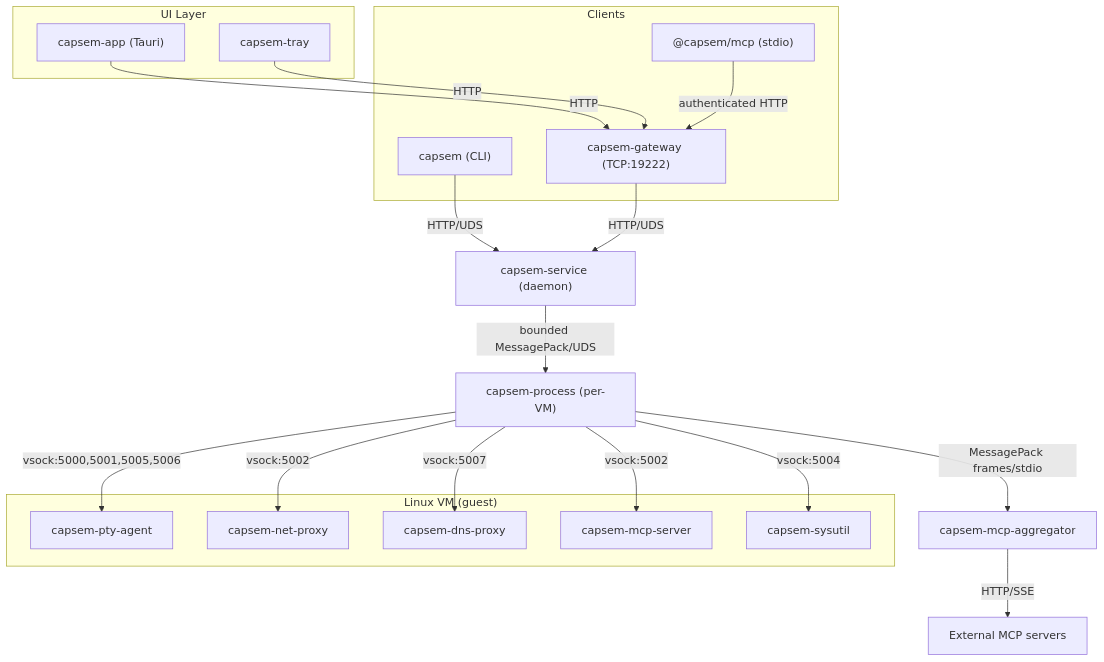
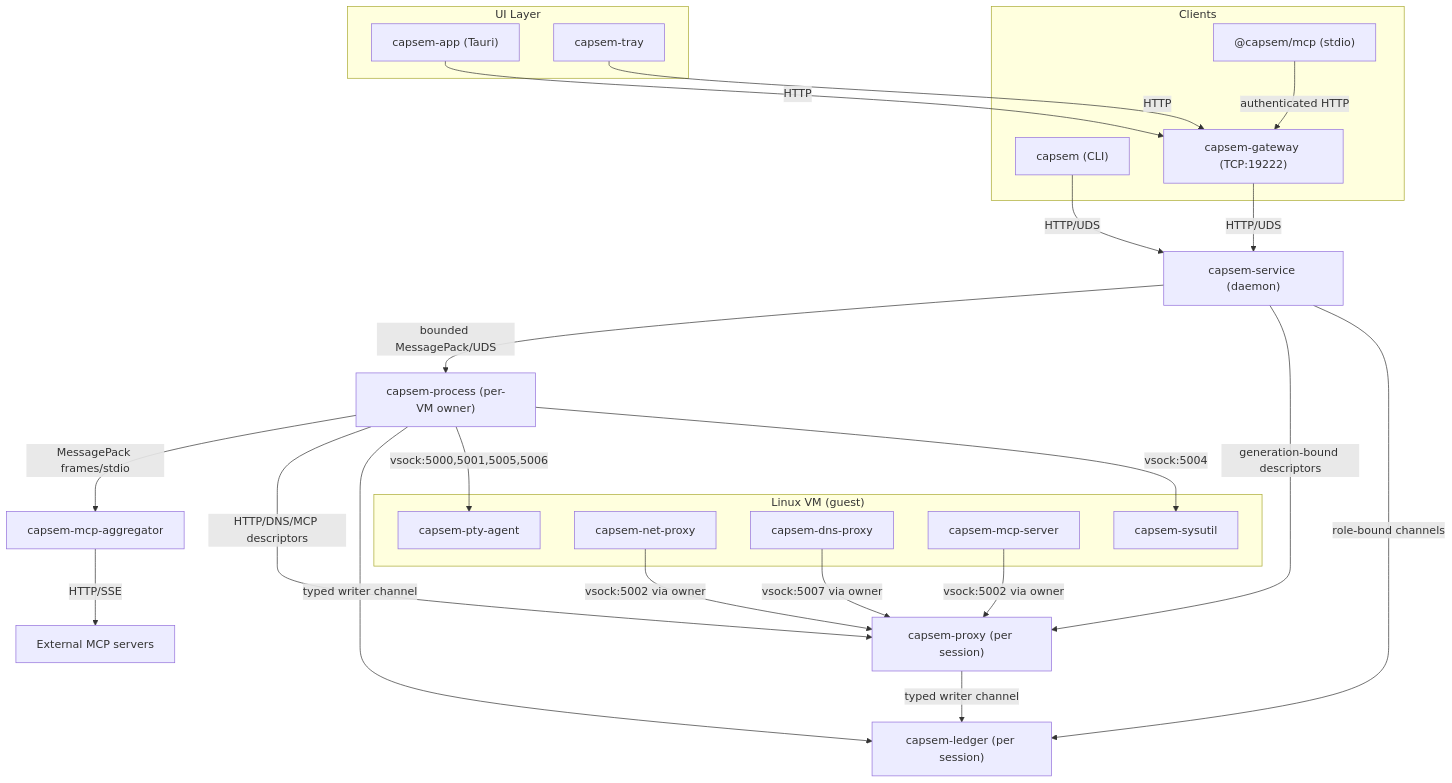
One commit to google/capsem changed the diagram in web/docs/src/content/docs/architecture/service-architecture.md. Above: the diagram before and after it, drawn with Mermaid. The commit also changed other lines of this file and 9 other files, not shown here.

Commit message:
docs(architecture): document confined host workers

````diff
--- a/web/docs/src/content/docs/architecture/service-architecture.md
+++ b/web/docs/src/content/docs/architecture/service-architecture.md
@@ -45,41 +52,46 @@
 ```mermaid
 graph TD
     subgraph Clients
         CLI["capsem (CLI)"]
         MCP["@capsem/mcp (stdio)"]
         GW["capsem-gateway (TCP:19222)"]
     end
 
     subgraph "UI Layer"
         APP["capsem-app (Tauri)"]
         TRAY["capsem-tray"]
     end
 
     APP -->|HTTP| GW
     TRAY -->|HTTP| GW
 
     CLI -->|HTTP/UDS| SVC
     MCP -->|"authenticated HTTP"| GW
     GW -->|HTTP/UDS| SVC
 
     SVC["capsem-service (daemon)"]
 
-    SVC -->|"bounded MessagePack/UDS"| PROC["capsem-process (per-VM)"]
+    SVC -->|"bounded MessagePack/UDS"| PROC["capsem-process (per-VM owner)"]
+    SVC -->|"generation-bound descriptors"| PROXY["capsem-proxy (per session)"]
+    SVC -->|"role-bound channels"| LEDGER["capsem-ledger (per session)"]
 
     PROC -->|"MessagePack frames/stdio"| AGG["capsem-mcp-aggregator"]
     AGG -->|"HTTP/SSE"| EXT["External MCP servers"]
+    PROC -->|"HTTP/DNS/MCP descriptors"| PROXY
+    PROC -->|"typed writer channel"| LEDGER
+    PROXY -->|"typed writer channel"| LEDGER
 
     subgraph "Linux VM (guest)"
         AGENT["capsem-pty-agent"]
         NETPROXY["capsem-net-proxy"]
         DNSPROXY["capsem-dns-proxy"]
         MCPGW["capsem-mcp-server"]
         SYSUTIL["capsem-sysutil"]
     end
 
     PROC -->|"vsock:5000,5001,5005,5006"| AGENT
-    PROC -->|"vsock:5002"| NETPROXY
-    PROC -->|"vsock:5007"| DNSPROXY
-    PROC -->|"vsock:5002"| MCPGW
+    NETPROXY -->|"vsock:5002 via owner"| PROXY
+    DNSPROXY -->|"vsock:5007 via owner"| PROXY
+    MCPGW -->|"vsock:5002 via owner"| PROXY
     PROC -->|"vsock:5004"| SYSUTIL
 ```
````
